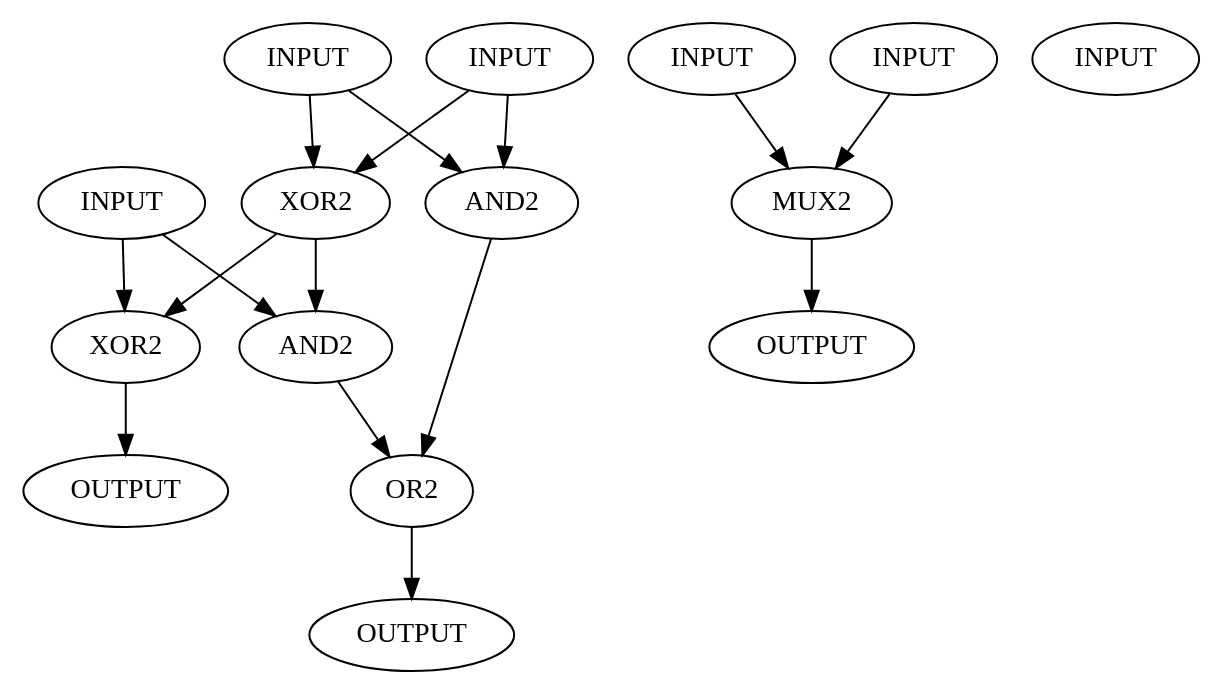
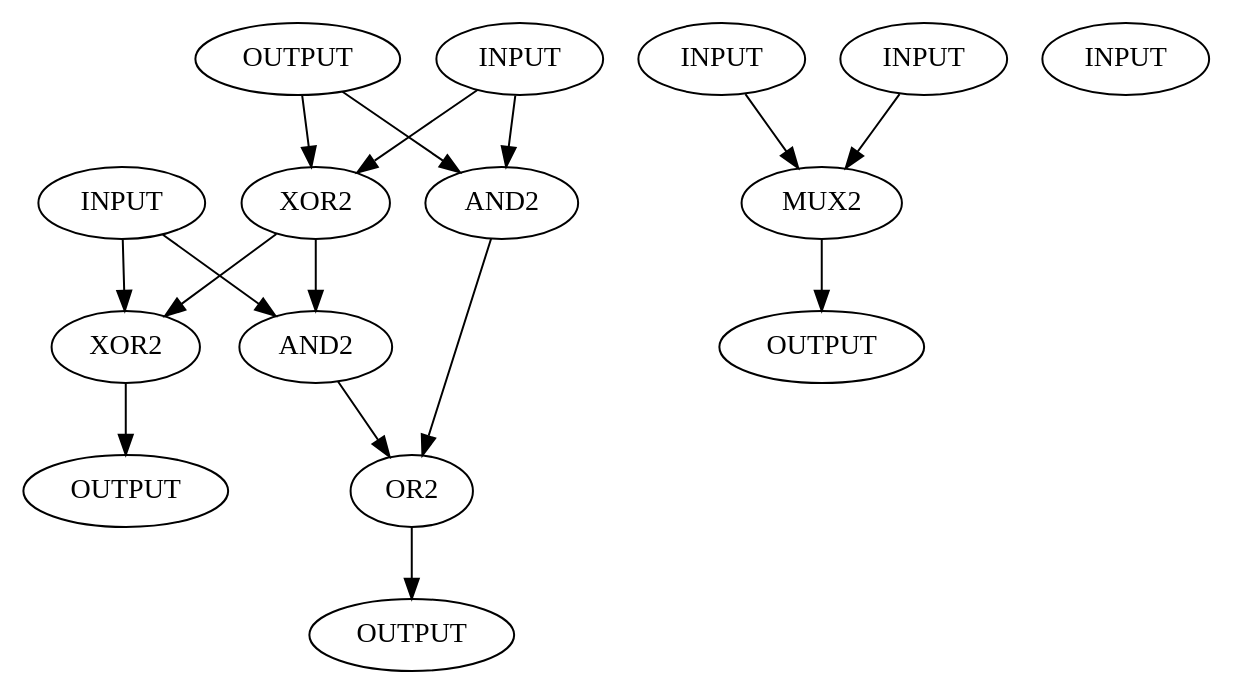
The diagram in Projet_C/Parser_gate/Test_lecture.dot (RomainLattier/Projet_C_2AMT), drawn with Graphviz before and after one commit. The commit also changed 2 other files, not shown here.

```diff
--- a/Projet_C/Parser_gate/Test_lecture.dot
+++ b/Projet_C/Parser_gate/Test_lecture.dot
@@ -1,40 +1,43 @@
 digraph test {
 
 A [label = "INPUT"]; //dede
 B [label = "INPUT"];
 C_in [label = "INPUT"];
 //
 SUM [label = "OUTPUT"];
 C_out [label = "OUTPUT"];
 
 
 XOR_in [label = "XOR2" ];
 XOR_out [label = "XOR2" ];
 
 AND_AB [label = "AND2" ];
 AND_C_in [label = "AND2" ];
 OR_C_out [label = "OR2" ];
 
 A -> XOR_in -> XOR_out;
 B -> XOR_in;
 C_in -> XOR_out -> SUM;
 
 XOR_in  -> AND_C_in;
 C_in -> AND_C_in;
 
 A -> AND_AB;
 B -> AND_AB;
 
 AND_C_in -> OR_C_out -> C_out;
 AND_AB -> OR_C_out;
 
 I1 [label = "INPUT"];
 I2 [label = "INPUT"];
 I3 [label = "INPUT"];
 
 M [label = "MUX2" sel = "I3"];
 O [label = "OUTPUT"];
 I1 -> M -> O;
 I2 -> M;
 
+A [label = "OUTPUT"];
+
+
 }
```
